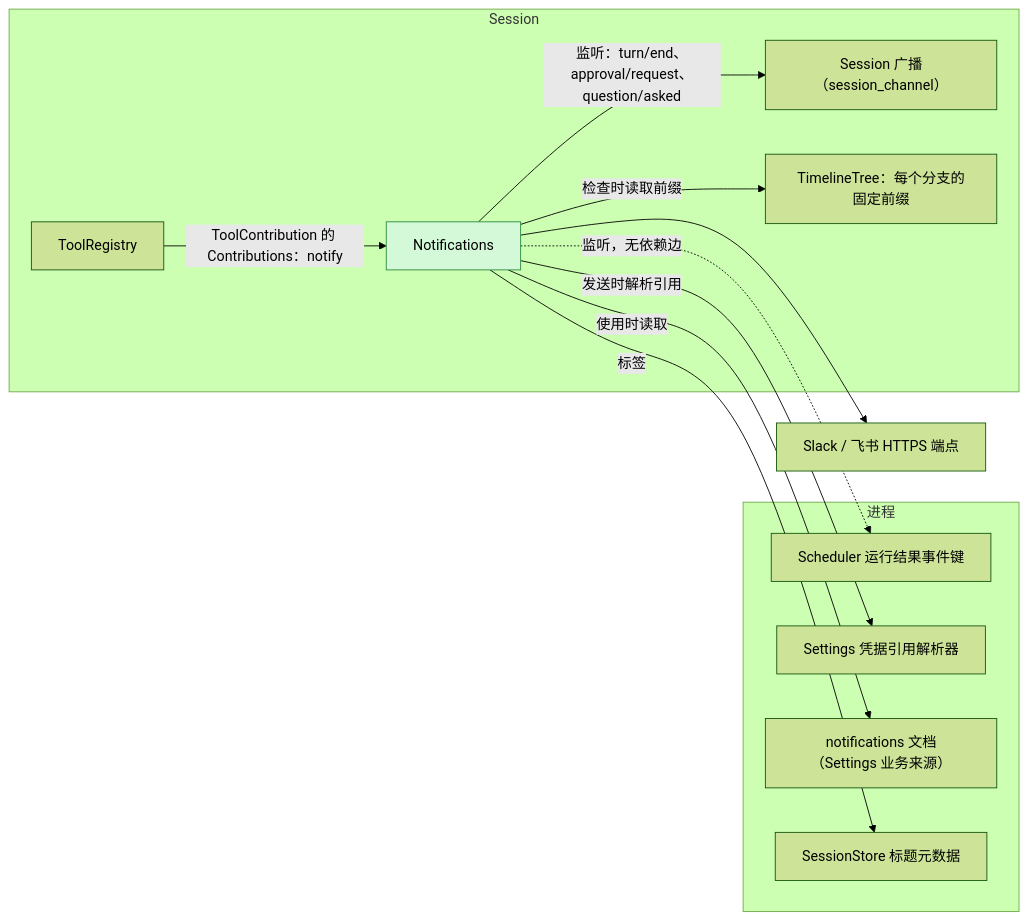
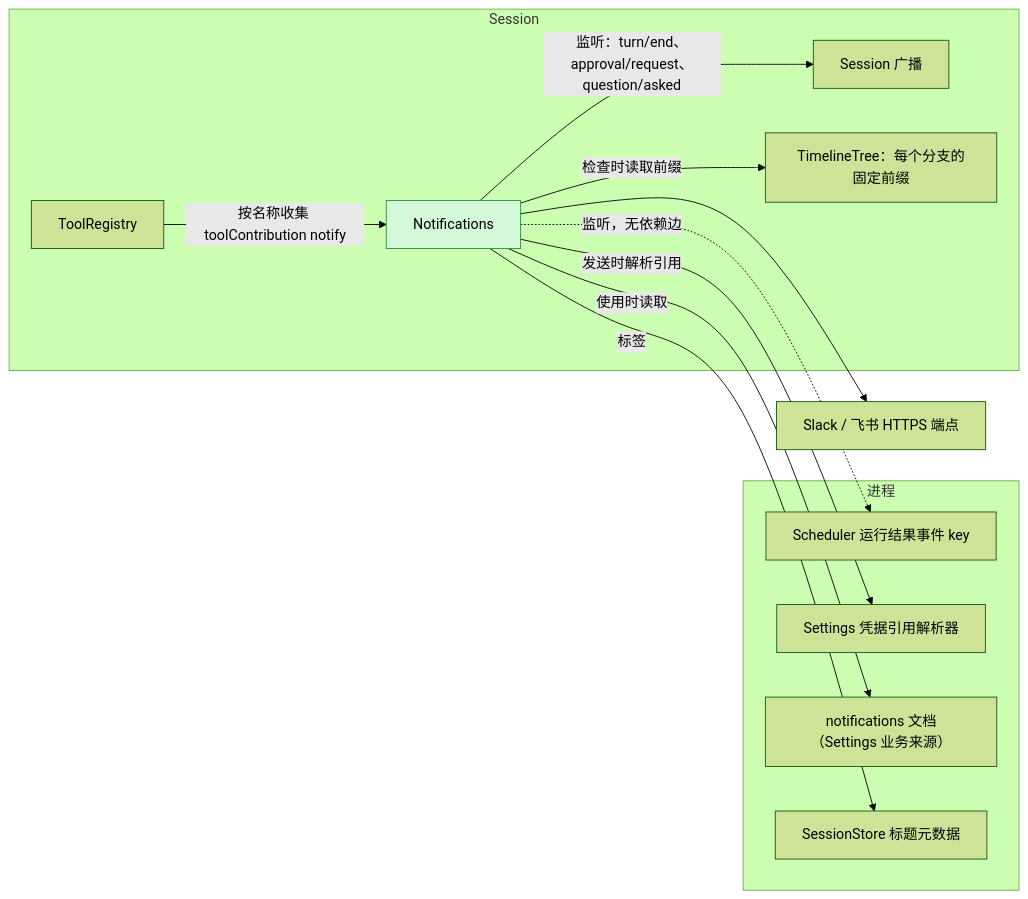
Before and after one commit to CoutinhoTTS/dim-agent: the first of 6 diagrams in docs/zh/design/plugins/Notifications.md, drawn with Mermaid (forest theme). The commit also changed other lines of this file and 18 other files, not shown here.

````diff
--- a/docs/zh/design/plugins/Notifications.md
+++ b/docs/zh/design/plugins/Notifications.md
@@ -9,25 +9,25 @@
 ```mermaid
 flowchart LR
   subgraph PROC["进程"]
-    RO["Scheduler 运行结果事件键"]
+    RO["Scheduler 运行结果事件 key"]
     CRED["Settings 凭据引用解析器"]
     Settings["notifications 文档（Settings 业务来源）"]
     META["SessionStore 标题元数据"]
   end
   subgraph SESS["Session"]
     NP["Notifications"]:::new
-    SB["Session 广播（session_channel）"]
+    SB["Session 广播"]
     TT["TimelineTree：每个分支的固定前缀"]
     TR["ToolRegistry"]
   end
   EXT["Slack / 飞书 HTTPS 端点"]
   NP -->|"监听：turn/end、approval/request、question/asked"| SB
   NP -->|"检查时读取前缀"| TT
-  TR -->|"ToolContribution 的 Contributions：notify"| NP
+  TR -->|"按名称收集 toolContribution notify"| NP
   NP -.->|"监听，无依赖边"| RO
   NP -->|"发送时解析引用"| CRED
   NP -->|"使用时读取"| Settings
   NP -->|"标签"| META
   NP --> EXT
   classDef new fill:#d3f9d8,stroke:#2b8a3e,color:#000
 ```
````
